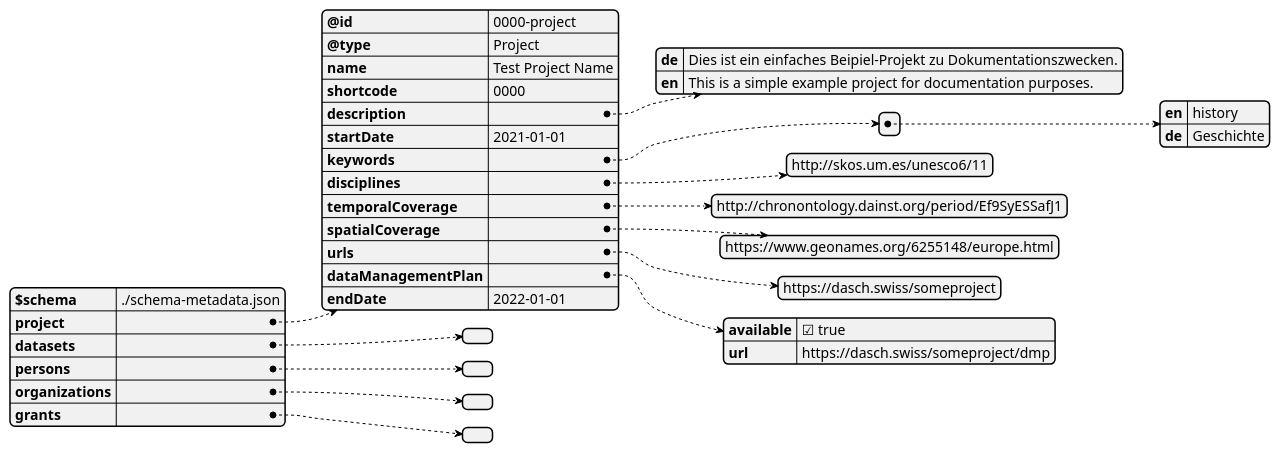
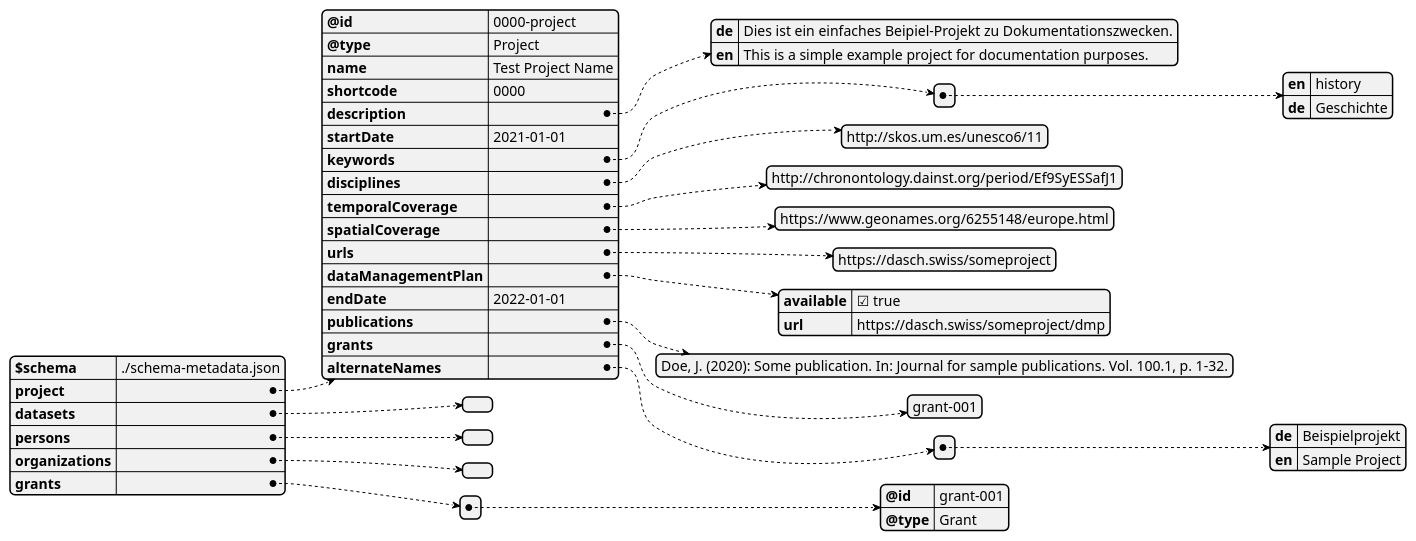
Before and after one commit to dasch-swiss/dasch-service-platform: the diagram in docs/services/metadata/api-example.puml, drawn with PlantUML. The commit also changed 3 other files, not shown here.

Commit message:
docs(metadata): api definition for project type

```diff
--- a/docs/services/metadata/api-example.puml
+++ b/docs/services/metadata/api-example.puml
@@ -1,46 +1,63 @@
 @startjson API-Example
 
 {
   "$schema": "./schema-metadata.json",
   "project": {
     "@id": "0000-project",
     "@type": "Project",
     "name": "Test Project Name",
     "shortcode": "0000",
     "description": {
       "de": "Dies ist ein einfaches Beipiel-Projekt zu Dokumentationszwecken.",
       "en": "This is a simple example project for documentation purposes."
     },
     "startDate": "2021-01-01",
     "keywords": [
       {
         "en": "history",
         "de": "Geschichte"
       }
     ],
     "disciplines": [
       "http://skos.um.es/unesco6/11"
     ],
     "temporalCoverage": [
       "http://chronontology.dainst.org/period/Ef9SyESSafJ1"
     ],
     "spatialCoverage": [
       "https://www.geonames.org/6255148/europe.html"
     ],
     "urls": [
       "https://dasch.swiss/someproject"
     ],
     "dataManagementPlan": {
       "available": true,
       "url": "https://dasch.swiss/someproject/dmp"
     },
-    "endDate": "2022-01-01"
+    "endDate": "2022-01-01",
+    "publications": [
+      "Doe, J. (2020): Some publication. In: Journal for sample publications. Vol. 100.1, p. 1-32."
+    ],
+    "grants": [
+      "grant-001"
+    ],
+    "alternateNames": [
+      {
+        "de": "Beispielprojekt",
+        "en": "Sample Project"
+      }
+    ]
   },
   "datasets": [],
   "persons": [],
   "organizations": [],
-  "grants": []
+  "grants": [
+    {
+      "@id": "grant-001",
+      "@type": "Grant"
+    }
+  ]
 }
 
 
 @endjson
```
